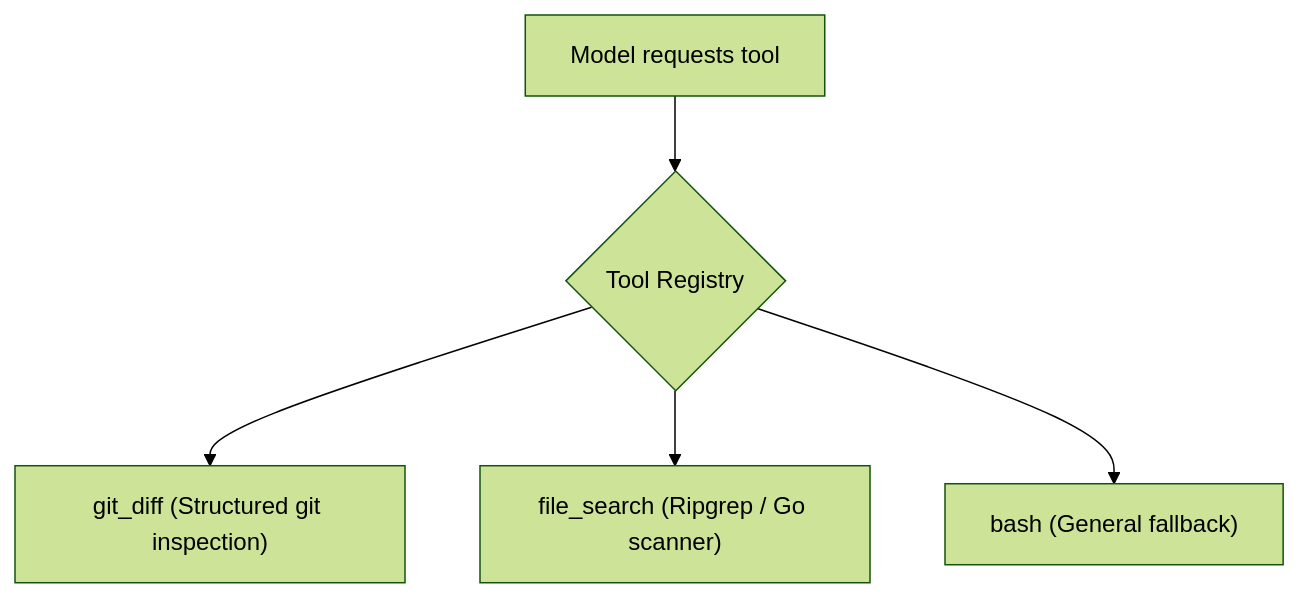
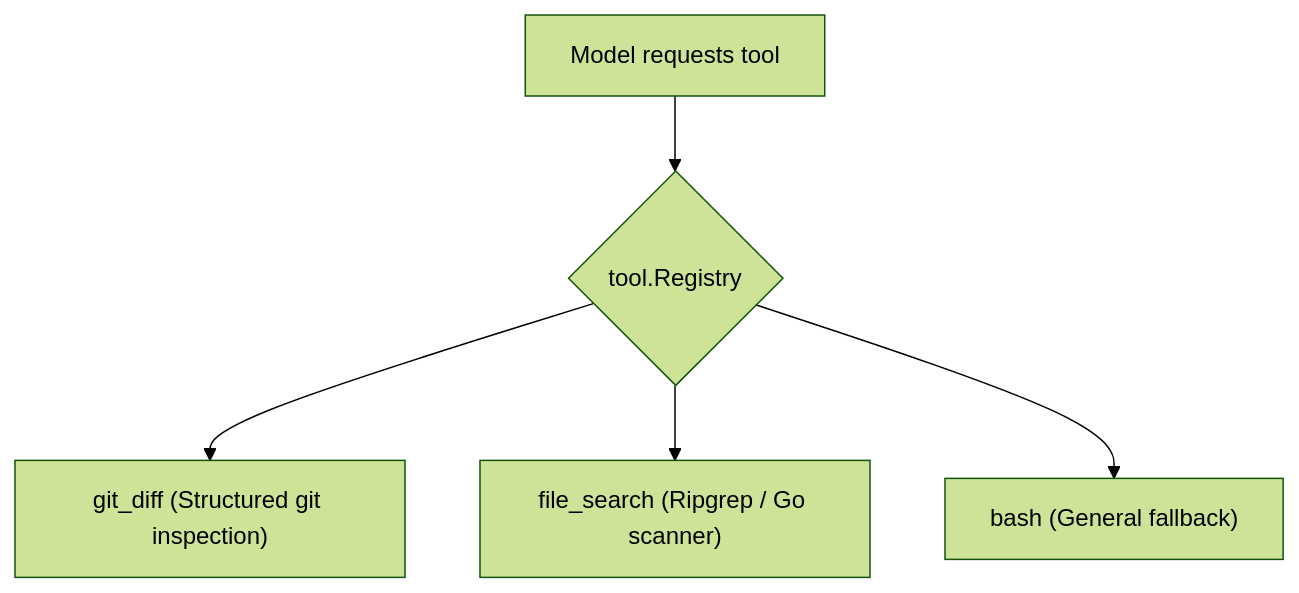
Before and after one commit to AntonioHellin/phi-code-agent: the diagram in docs/steps/25-custom-tools.md, drawn with Mermaid (forest theme). The commit also changed other lines of this file and 6 other files, not shown here.

First line of the commit message:
docs: update milestone guides 15-27 to align with current architecture

````diff
--- a/docs/steps/25-custom-tools.md
+++ b/docs/steps/25-custom-tools.md
@@ -11,8 +11,8 @@
 ```mermaid
 flowchart TD
     Model["Model requests tool"]
-    Model --> Registry{"Tool Registry"}
+    Model --> Registry{"tool.Registry"}
     Registry --> GitDiff["git_diff (Structured git inspection)"]
     Registry --> Grep["file_search (Ripgrep / Go scanner)"]
     Registry --> Bash["bash (General fallback)"]
 ```
````
